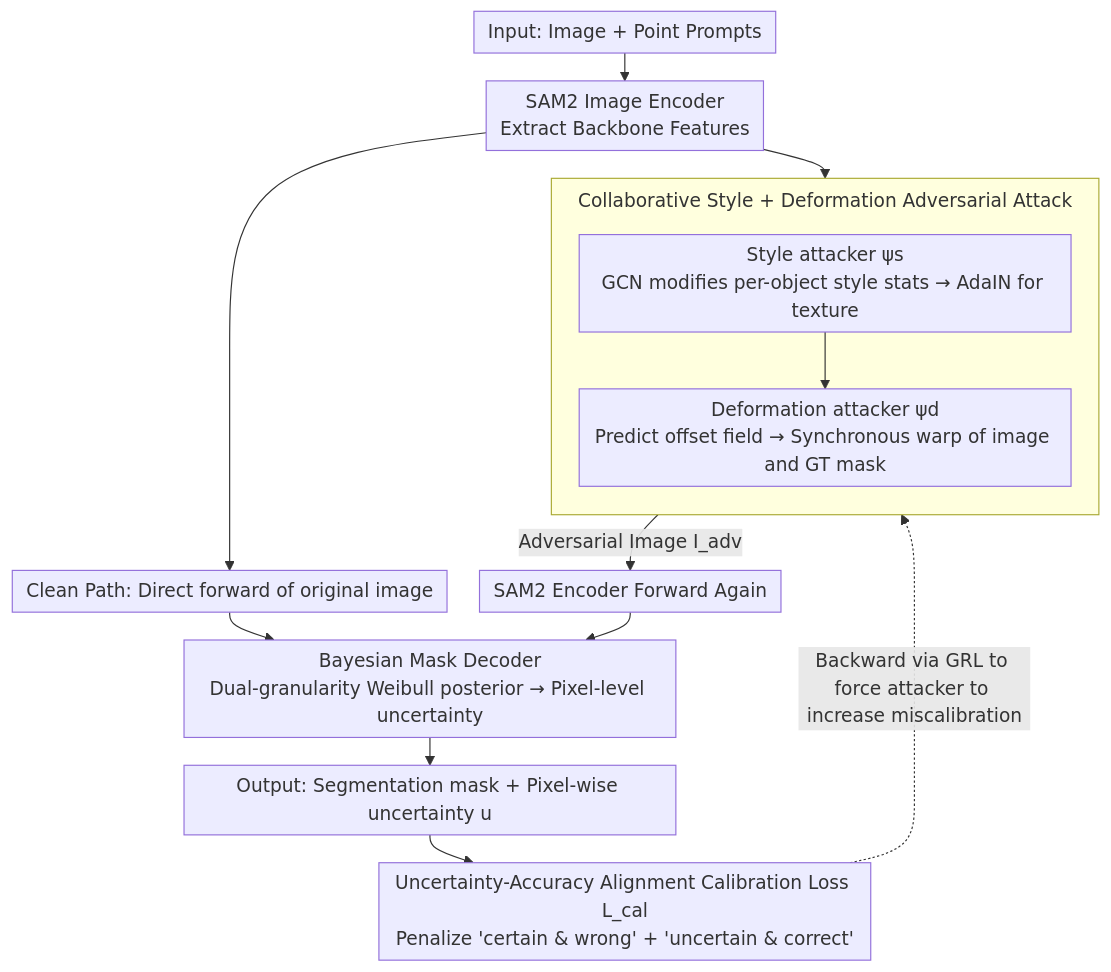
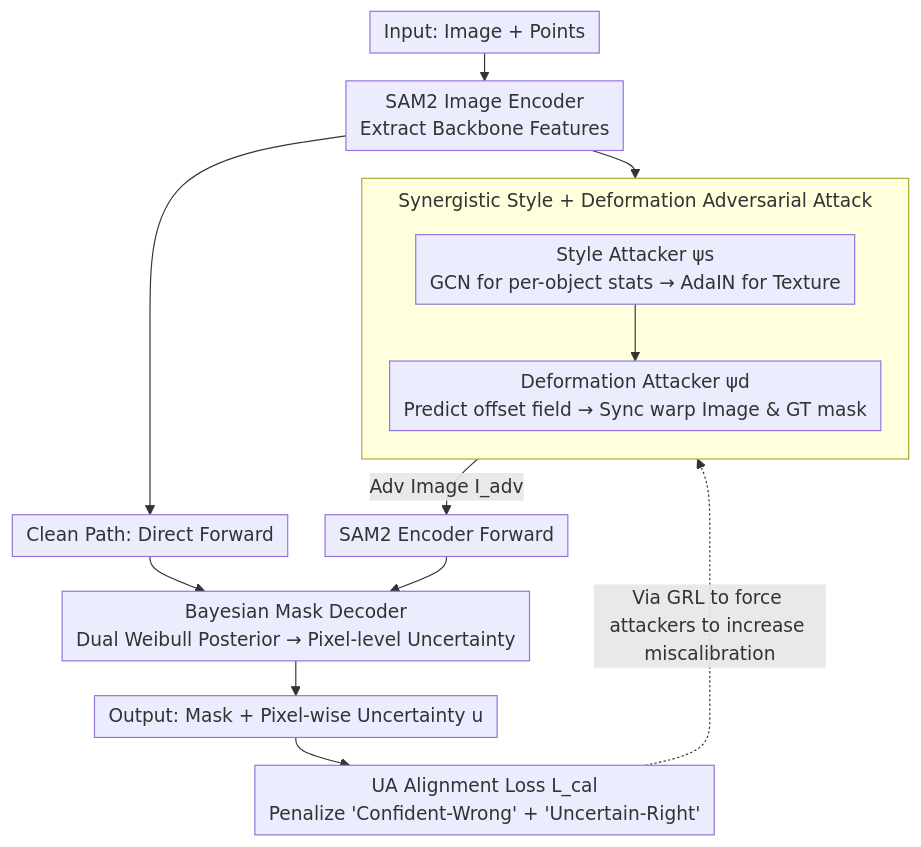
The diagram in docs/ICML2026/segmentation/segment_anything_with_robust_uncertainty-accuracy_correlation.md (zhaoyang97/Paper-Notes-en), drawn with Mermaid before and after one commit. The commit also changed other lines of this file and 5084 other files, not shown here.

````diff
--- a/docs/ICML2026/segmentation/segment_anything_with_robust_uncertainty-accuracy_correlation.md
+++ b/docs/ICML2026/segmentation/segment_anything_with_robust_uncertainty-accuracy_correlation.md
@@ -45,18 +45,18 @@
 ```mermaid
 %%{init: {'flowchart': {'rankSpacing': 24, 'nodeSpacing': 28, 'padding': 6, 'wrappingWidth': 400, 'subGraphTitleMargin': {'top': 8, 'bottom': 16}}}}%%
 flowchart TD
-    A["Input: Image + Point Prompts"] --> B["SAM2 Image Encoder<br/>Extract Backbone Features"]
-    B --> C["Clean Path: Direct forward of original image"]
-    subgraph AUE["Collaborative Style + Deformation Adversarial Attack"]
+    A["Input: Image + Points"] --> B["SAM2 Image Encoder<br/>Extract Backbone Features"]
+    B --> C["Clean Path: Direct Forward"]
+    subgraph AUE["Synergistic Style + Deformation Adversarial Attack"]
         direction TB
-        D1["Style attacker ψs<br/>GCN modifies per-object style stats → AdaIN for texture"]
-        D1 --> D2["Deformation attacker ψd<br/>Predict offset field → Synchronous warp of image and GT mask"]
+        D1["Style Attacker ψs<br/>GCN for per-object stats → AdaIN for Texture"]
+        D1 --> D2["Deformation Attacker ψd<br/>Predict offset field → Sync warp Image & GT mask"]
     end
     B --> AUE
-    AUE -->|"Adversarial Image I_adv"| E["SAM2 Encoder Forward Again"]
-    C --> F["Bayesian Mask Decoder<br/>Dual-granularity Weibull posterior → Pixel-level uncertainty"]
+    AUE -->|"Adv Image I_adv"| E["SAM2 Encoder Forward"]
+    C --> F["Bayesian Mask Decoder<br/>Dual Weibull Posterior → Pixel-level Uncertainty"]
     E --> F
-    F --> G["Output: Segmentation mask + Pixel-wise uncertainty u"]
-    G --> H["Uncertainty-Accuracy Alignment Calibration Loss L_cal<br/>Penalize 'certain & wrong' + 'uncertain & correct'"]
-    H -.->|"Backward via GRL to force attacker to increase miscalibration"| AUE
+    F --> G["Output: Mask + Pixel-wise Uncertainty u"]
+    G --> H["UA Alignment Loss L_cal<br/>Penalize 'Confident-Wrong' + 'Uncertain-Right'"]
+    H -.->|"Via GRL to force attackers to increase miscalibration"| AUE
 ```
````
